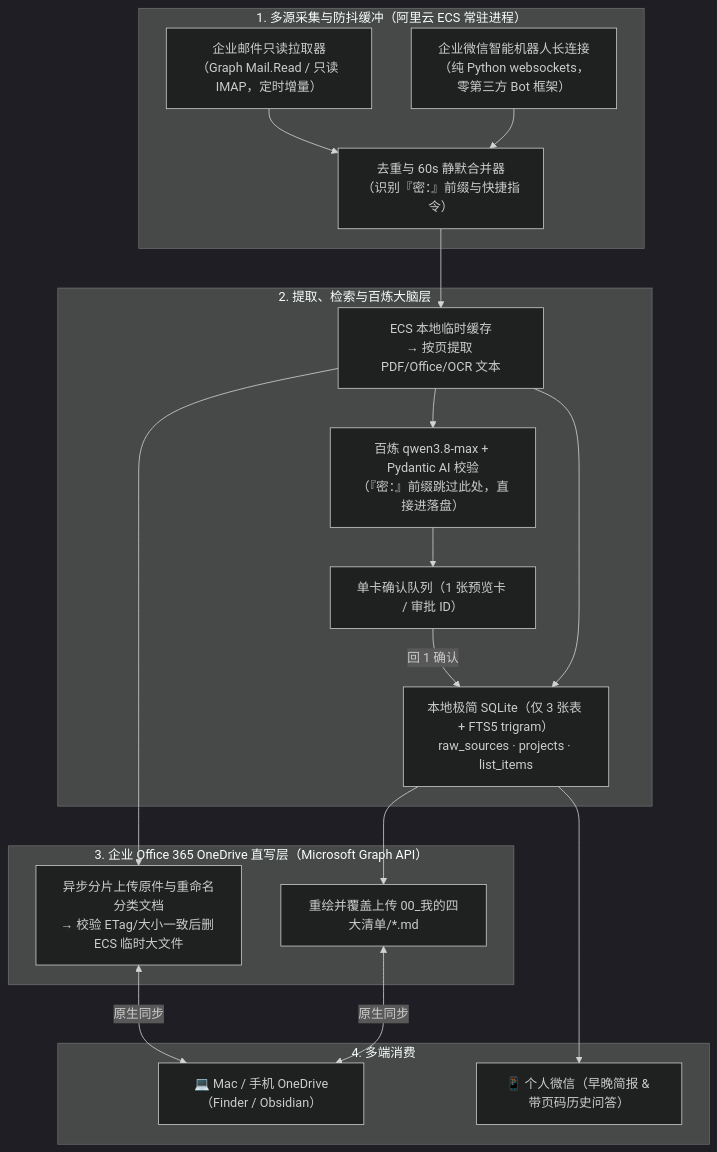
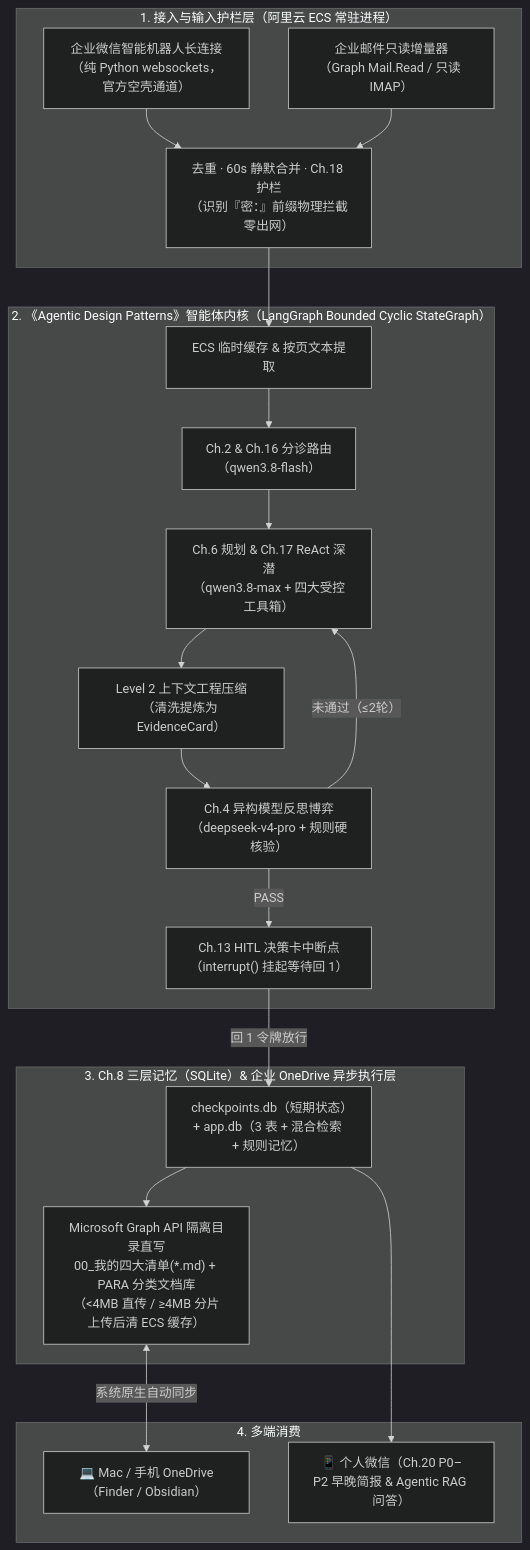
The diagram in wechat_AI_assistant/docs/02-整体架构与SQLite清单及OneDrive归档设计.md (JohnWissentek/agentic_learning), drawn with Mermaid (dark theme) before and after one commit. The commit also changed other lines of this file and 4 other files, not shown here.

````diff
--- a/wechat_AI_assistant/docs/02-整体架构与SQLite清单及OneDrive归档设计.md
+++ b/wechat_AI_assistant/docs/02-整体架构与SQLite清单及OneDrive归档设计.md
@@ -30,34 +34,35 @@
 ```mermaid
 flowchart TB
-    subgraph L1["1. 多源采集与防抖缓冲（阿里云 ECS 常驻进程）"]
-        WX["企业微信智能机器人长连接<br/>（纯 Python websockets，零第三方 Bot 框架）"]
-        MAIL["企业邮件只读拉取器<br/>（Graph Mail.Read / 只读 IMAP，定时增量）"]
-        BUF["去重与 60s 静默合并器<br/>（识别『密：』前缀与快捷指令）"]
+    subgraph L1["1. 接入与输入护栏层（阿里云 ECS 常驻进程）"]
+        WX["企业微信智能机器人长连接<br/>（纯 Python websockets，官方空壳通道）"]
+        MAIL["企业邮件只读增量器<br/>（Graph Mail.Read / 只读 IMAP）"]
+        BUF["去重 · 60s 静默合并 · Ch.18 护栏<br/>（识别『密：』前缀物理拦截零出网）"]
         WX & MAIL --> BUF
     end
 
-    subgraph L2["2. 提取、检索与百炼大脑层"]
-        CACHE["ECS 本地临时缓存<br/>→ 按页提取 PDF/Office/OCR 文本"]
-        SQLITE["本地极简 SQLite（仅 3 张表 + FTS5 trigram）<br/>raw_sources · projects · list_items"]
-        LLM["百炼 qwen3.8-max + Pydantic AI 校验<br/>（『密：』前缀跳过此处，直接进落盘）"]
-        CARD["单卡确认队列（1 张预览卡 / 审批 ID）"]
-        BUF --> CACHE --> SQLITE
-        CACHE --> LLM --> CARD
+    subgraph L2["2. 《Agentic Design Patterns》智能体内核（LangGraph Bounded Cyclic StateGraph）"]
+        CACHE["ECS 临时缓存 & 按页文本提取"]
+        ROUTE["Ch.2 & Ch.16 分诊路由<br/>（qwen3.8-flash）"]
+        REACT["Ch.6 规划 & Ch.17 ReAct 深潜<br/>（qwen3.8-max + 四大受控工具箱）"]
+        CE["Level 2 上下文工程压缩<br/>（清洗提炼为 EvidenceCard）"]
+        CRITIC["Ch.4 异构模型反思博弈<br/>（deepseek-v4-pro + 规则硬核验）"]
+        CARD["Ch.13 HITL 决策卡中断点<br/>（interrupt() 挂起等待回 1）"]
+        BUF --> CACHE --> ROUTE --> REACT --> CE --> CRITIC
+        CRITIC -->|"未通过（≤2轮）"| REACT
+        CRITIC -->|"PASS"| CARD
     end
 
-    subgraph L3["3. 企业 Office 365 OneDrive 直写层（Microsoft Graph API）"]
-        MD["重绘并覆盖上传 00_我的四大清单/*.md"]
-        ARC["异步分片上传原件与重命名分类文档<br/>→ 校验 ETag/大小一致后删 ECS 临时大文件"]
-        CARD -->|"回 1 确认"| SQLITE
-        SQLITE --> MD
-        CACHE --> ARC
+    subgraph L3["3. Ch.8 三层记忆（SQLite）& 企业 OneDrive 异步执行层"]
+        SQL["checkpoints.db（短期状态）+ app.db（3 表 + 混合检索 + 规则记忆）"]
+        OD["Microsoft Graph API 隔离目录直写<br/>00_我的四大清单(*.md) + PARA 分类文档库<br/>（<4MB 直传 / ≥4MB 分片上传后清 ECS 缓存）"]
+        CARD -->|"回 1 令牌放行"| SQL --> OD
     end
 
     subgraph L4["4. 多端消费"]
         MAC["💻 Mac / 手机 OneDrive（Finder / Obsidian）"]
-        WX_R["📱 个人微信（早晚简报 & 带页码历史问答）"]
+        WX_R["📱 个人微信（Ch.20 P0–P2 早晚简报 & Agentic RAG 问答）"]
     end
 
-    MD & ARC <-->|"原生同步"| MAC
-    SQLITE --> WX_R
+    OD <-->|"系统原生自动同步"| MAC
+    SQL --> WX_R
 ```
````
